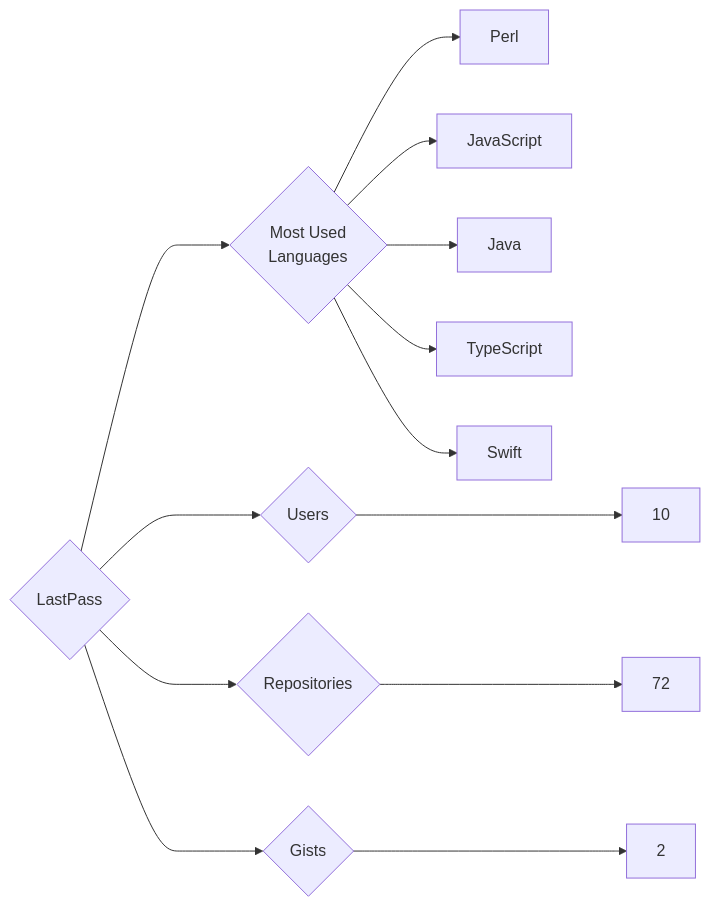
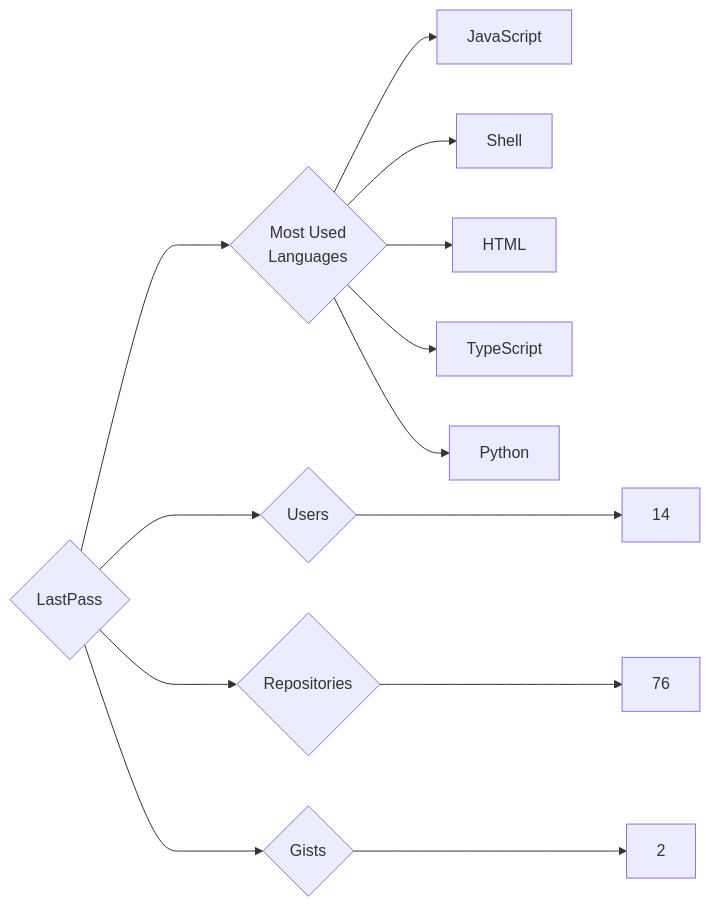
One commit to trickest/insiders changed the diagram in targets/LastPass/README.md. Above: the diagram before and after it, drawn with Mermaid. The commit also changed 614 other files, not shown here.

````diff
--- a/targets/LastPass/README.md
+++ b/targets/LastPass/README.md
@@ -3,13 +3,13 @@
 ```mermaid
 graph LR
 COMPANY_NAME{LastPass}
-COMPANY_NAME ---> U{Users} ---> UN[10]
-COMPANY_NAME ---> R{Repositories} ---> RN[72]
+COMPANY_NAME ---> U{Users} ---> UN[14]
+COMPANY_NAME ---> R{Repositories} ---> RN[76]
 COMPANY_NAME ---> G{Gists} ---> GN[2]
 COMPANY_NAME ---> ML{Most Used<br>Languages}
-ML --> Perl[Perl]
 ML --> JavaScript[JavaScript]
-ML --> Java[Java]
+ML --> Shell[Shell]
+ML --> HTML[HTML]
 ML --> TypeScript[TypeScript]
-ML --> Swift[Swift]
+ML --> Python[Python]
 ```
````
